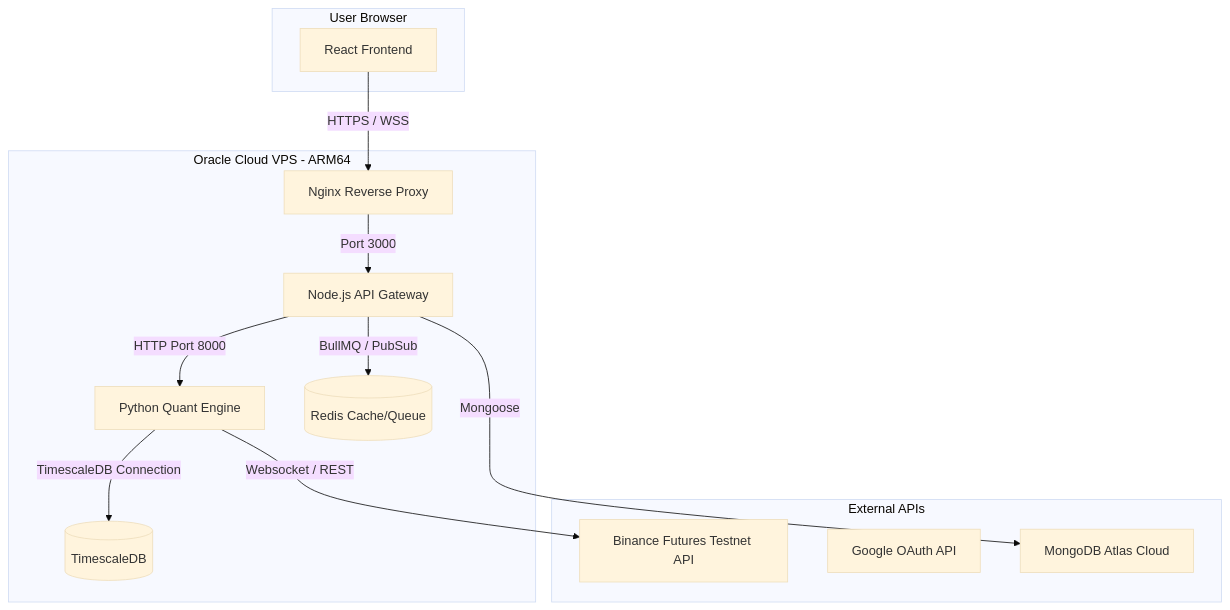
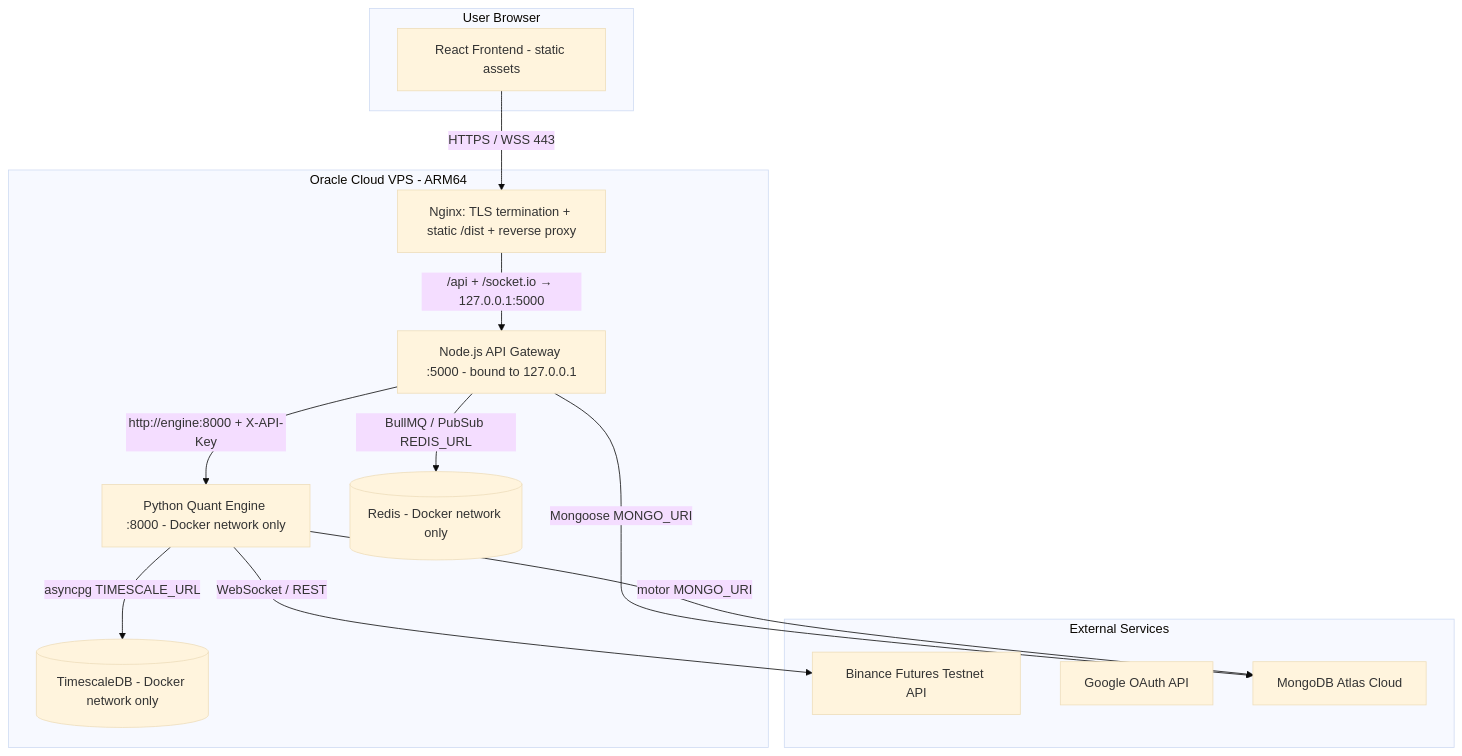
One commit to harshal31718/enma_trading_platform changed the first of 2 diagrams in workspace/plan/deployment_plan.md. Above: the diagram before and after it, drawn with Mermaid (base theme). The commit also changed other lines of this file, not shown here.

````diff
--- a/workspace/plan/deployment_plan.md
+++ b/workspace/plan/deployment_plan.md
@@ -9,28 +19,29 @@
 ```mermaid
 flowchart TD
     subgraph Client [User Browser]
-        UI[React Frontend]
+        UI[React Frontend - static assets]
     end
 
     subgraph VPS [Oracle Cloud VPS - ARM64]
-        Nginx[Nginx Reverse Proxy]
-        Server[Node.js API Gateway]
-        Engine[Python Quant Engine]
-        Redis[(Redis Cache/Queue)]
-        Timescale[(TimescaleDB)]
+        Nginx[Nginx: TLS termination + static /dist + reverse proxy]
+        Server[Node.js API Gateway :5000 - bound to 127.0.0.1]
+        Engine[Python Quant Engine :8000 - Docker network only]
+        Redis[(Redis - Docker network only)]
+        Timescale[(TimescaleDB - Docker network only)]
     end
 
-    subgraph External [External APIs]
+    subgraph External [External Services]
         Binance[Binance Futures Testnet API]
         Google[Google OAuth API]
         Mongo[MongoDB Atlas Cloud]
     end
 
-    UI -->|HTTPS / WSS| Nginx
-    Nginx -->|Port 3000| Server
-    Server -->|HTTP Port 8000| Engine
-    Server -->|BullMQ / PubSub| Redis
-    Engine -->|Websocket / REST| Binance
-    Server -->|Mongoose| Mongo
-    Engine -->|TimescaleDB Connection| Timescale
+    UI -->|HTTPS / WSS 443| Nginx
+    Nginx -->|/api + /socket.io → 127.0.0.1:5000| Server
+    Server -->|http://engine:8000 + X-API-Key| Engine
+    Server -->|BullMQ / PubSub REDIS_URL| Redis
+    Engine -->|WebSocket / REST| Binance
+    Server -->|Mongoose MONGO_URI| Mongo
+    Engine -->|motor MONGO_URI| Mongo
+    Engine -->|asyncpg TIMESCALE_URL| Timescale
 ```
````
